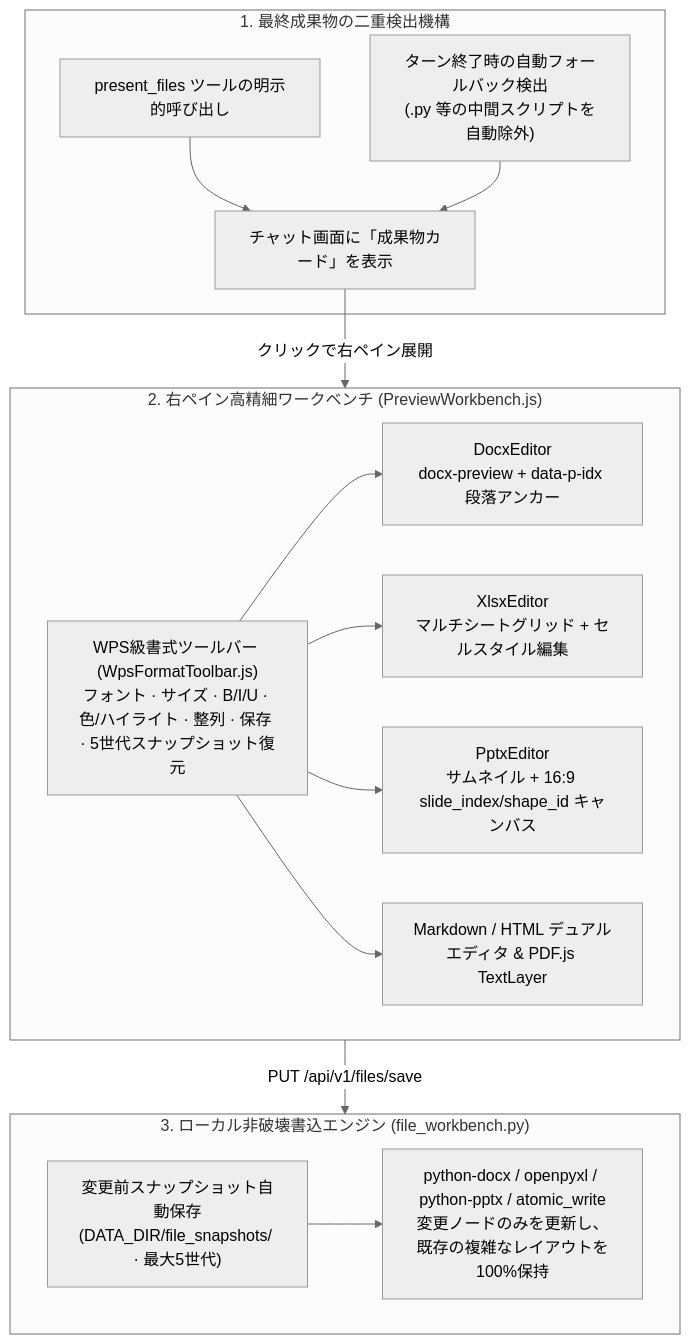
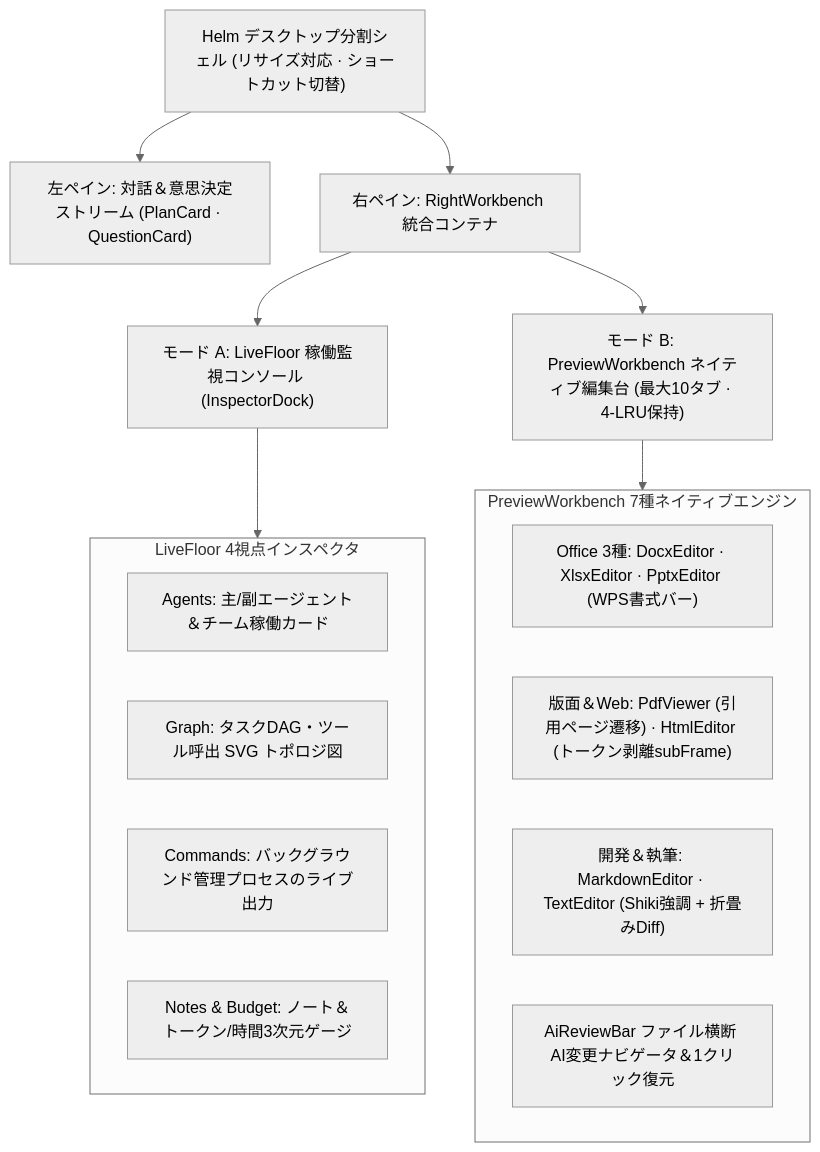
One commit to HelmAgent/Helm_website changed the first of 3 diagrams in docs/ja/architecture/workbench.md. Above: the diagram before and after it, drawn with Mermaid (neutral theme). The commit also changed other lines of this file and 57 other files, not shown here.

Commit message:
docs(architecture): add detailed documentation for the 5-Tier Permission Sandbox, Zero-RTT Intent Engine, and Open Ecosystem; include core modules, empirical evidence, and interactive permission modes for enhanced clarity and functionality

````diff
--- a/docs/ja/architecture/workbench.md
+++ b/docs/ja/architecture/workbench.md
@@ -24,28 +17,25 @@
 ```mermaid
 flowchart TD
-  subgraph Deliver["1. 最終成果物の二重検出機構"]
-    ToolPresent["present_files ツールの明示的呼び出し"]
-    AutoFallback["ターン終了時の自動フォールバック検出<br/>(.py 等の中間スクリプトを自動除外)"]
-    ArtifactCard["チャット画面に「成果物カード」を表示"]
-    ToolPresent --> ArtifactCard
-    AutoFallback --> ArtifactCard
+  Shell["Helm デスクトップ分割シェル (リサイズ対応 · ショートカット切替)"] --> Left["左ペイン: 対話＆意思決定ストリーム (PlanCard · QuestionCard)"]
+  Shell --> Right["右ペイン: RightWorkbench 統合コンテナ"]
+
+  Right --> ModeA["モード A: LiveFloor 稼働監視コンソール (InspectorDock)"]
+  Right --> ModeB["モード B: PreviewWorkbench ネイティブ編集台 (最大10タブ · 4-LRU保持)"]
+
+  subgraph LiveViews["LiveFloor 4視点インスペクタ"]
+    V1["Agents: 主/副エージェント＆チーム稼働カード"]
+    V2["Graph: タスクDAG・ツール呼出 SVG トポロジ図"]
+    V3["Commands: バックグラウンド管理プロセスのライブ出力"]
+    V4["Notes & Budget: ノート＆トークン/時間3次元ゲージ"]
   end
 
-  subgraph Workbench["2. 右ペイン高精細ワークベンチ (PreviewWorkbench.js)"]
-    Toolbar["WPS級書式ツールバー (WpsFormatToolbar.js)<br/>フォント · サイズ · B/I/U · 色/ハイライト · 整列 · 保存 · 5世代スナップショット復元"]
-    Docx["DocxEditor<br/>docx-preview + data-p-idx 段落アンカー"]
-    Xlsx["XlsxEditor<br/>マルチシートグリッド + セルスタイル編集"]
-    Pptx["PptxEditor<br/>サムネイル + 16:9 slide_index/shape_id キャンバス"]
-    MdHtmlPdf["Markdown / HTML デュアルエディタ & PDF.js TextLayer"]
-    Toolbar --> Docx & Xlsx & Pptx & MdHtmlPdf
+  subgraph Editors["PreviewWorkbench 7種ネイティブエンジン"]
+    E1["Office 3種: DocxEditor · XlsxEditor · PptxEditor (WPS書式バー)"]
+    E2["版面＆Web: PdfViewer (引用ページ遷移) · HtmlEditor (トークン剥離subFrame)"]
+    E3["開発＆執筆: MarkdownEditor · TextEditor (Shiki強調 + 折畳みDiff)"]
+    Review["AiReviewBar ファイル横断 AI変更ナビゲータ＆1クリック復元"]
   end
 
-  subgraph BackendWrite["3. ローカル非破壊書込エンジン (file_workbench.py)"]
-    Snapshot["変更前スナップショット自動保存<br/>(DATA_DIR/file_snapshots/ · 最大5世代)"]
-    Engines["python-docx / openpyxl / python-pptx / atomic_write<br/>変更ノードのみを更新し、既存の複雑なレイアウトを100%保持"]
-    Snapshot --> Engines
-  end
-
-  ArtifactCard -- "クリックで右ペイン展開" --> Workbench
-  Workbench -- "PUT /api/v1/files/save" --> BackendWrite
+  ModeA --> LiveViews
+  ModeB --> Editors
 ```
````
